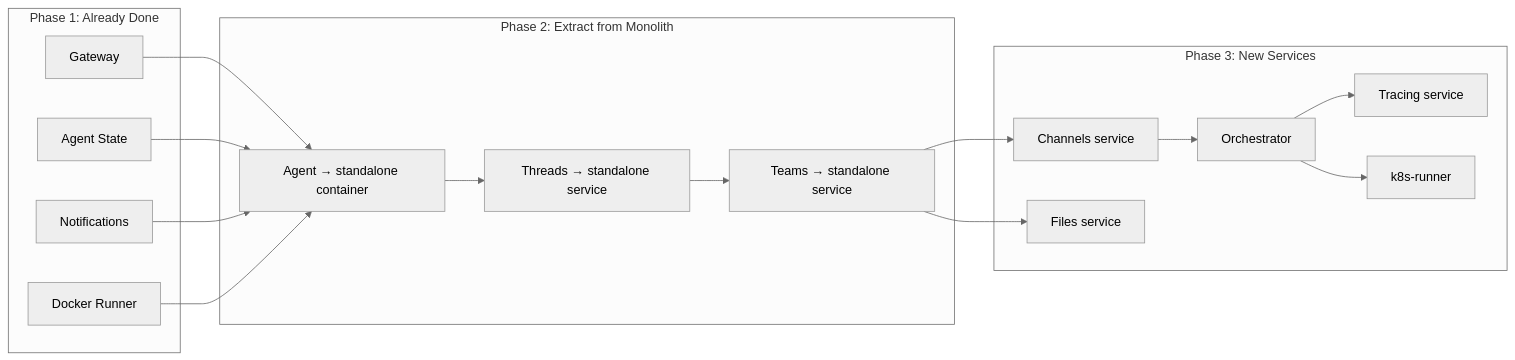
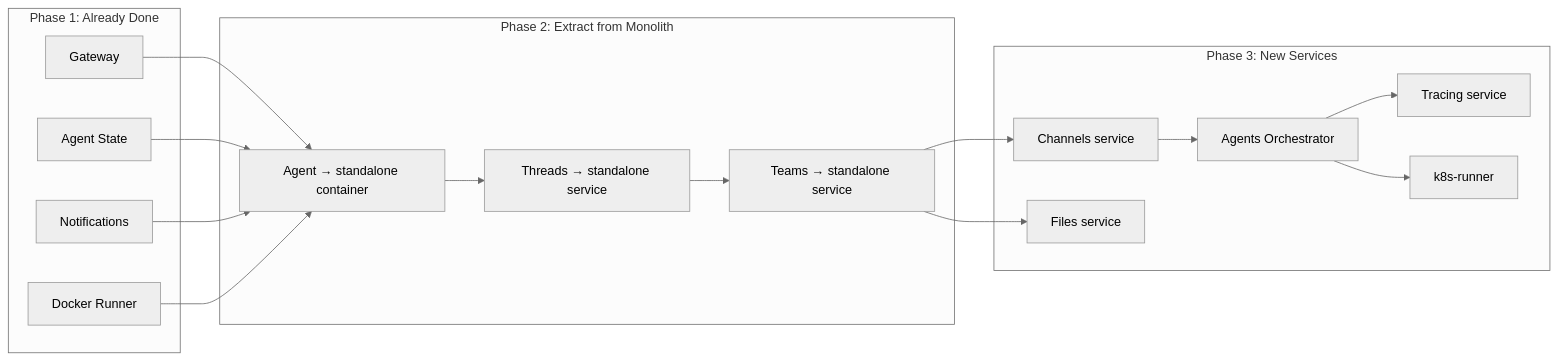
The diagram in gaps/migration-roadmap.md (agynio/architecture), drawn with Mermaid (neutral theme) before and after one commit. The commit also changed other lines of this file and 11 other files, not shown here.

````diff
--- a/gaps/migration-roadmap.md
+++ b/gaps/migration-roadmap.md
@@ -7,33 +7,33 @@
 ```mermaid
 graph LR
     subgraph "Phase 1: Already Done"
         S1[Gateway]
         S2[Agent State]
         S3[Notifications]
         S4[Docker Runner]
     end
 
     subgraph "Phase 2: Extract from Monolith"
         S5[Agent → standalone container]
         S6[Threads → standalone service]
         S7[Teams → standalone service]
     end
 
     subgraph "Phase 3: New Services"
         S8[Channels service]
-        S9[Orchestrator]
+        S9[Agents Orchestrator]
         S10[Tracing service]
         S11[k8s-runner]
         S12[Files service]
     end
 
     S1 --> S5
     S2 --> S5
     S3 --> S5
     S4 --> S5
 
     S5 --> S6 --> S7
     S7 --> S8 --> S9
     S7 --> S12
     S9 --> S10 & S11
 ```
````
